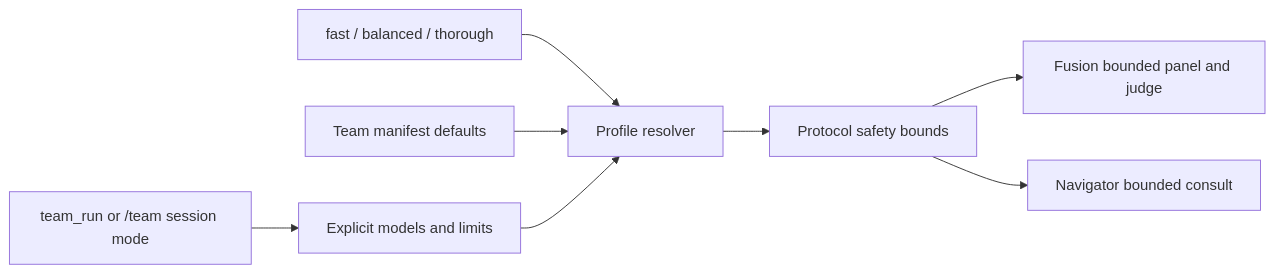
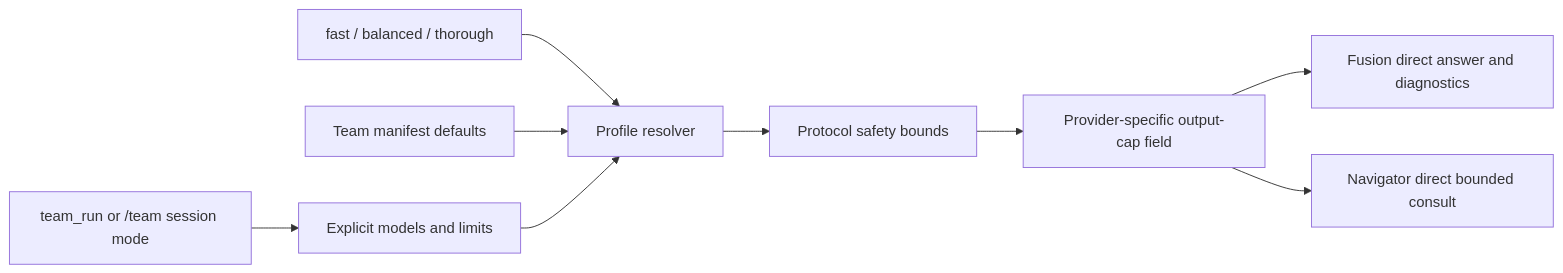
Before and after one commit to tS7hKamAYL84j91/pi-tools-and-skills: the diagram in docs/adr/034-team-speed-profiles.md, drawn with Mermaid. The commit also changed other lines of this file and 9 other files, not shown here.

````diff
--- a/docs/adr/034-team-speed-profiles.md
+++ b/docs/adr/034-team-speed-profiles.md
@@ -26,10 +28,11 @@
 ```mermaid
 flowchart LR
   Caller[team_run or /team session mode] --> Explicit[Explicit models and limits]
   Profile[fast / balanced / thorough] --> Resolve[Profile resolver]
   Manifest[Team manifest defaults] --> Resolve
   Explicit --> Resolve
   Resolve --> Safety[Protocol safety bounds]
-  Safety --> Fusion[Fusion bounded panel and judge]
-  Safety --> Navigator[Navigator bounded consult]
+  Safety --> Payload[Provider-specific output-cap field]
+  Payload --> Fusion[Fusion direct answer and diagnostics]
+  Payload --> Navigator[Navigator direct bounded consult]
 ```
````
